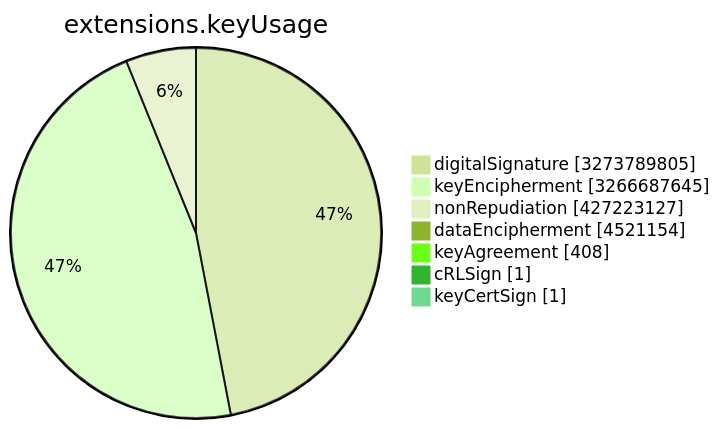
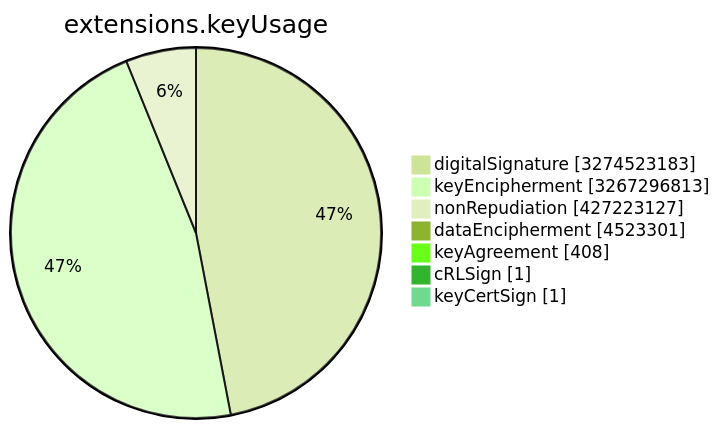
Before and after one commit to christiankrug/ctmonitor_visualization: the sixth of 15 diagrams in TOTAL/README.md, drawn with Mermaid (forest theme). The commit also changed other lines of this file, not shown here.

````diff
--- a/TOTAL/README.md
+++ b/TOTAL/README.md
@@ -3078,11 +3078,11 @@
 ```mermaid
 pie showData
 title extensions.keyUsage
-"digitalSignature" :3273789805
-"keyEncipherment" :3266687645
+"digitalSignature" :3274523183
+"keyEncipherment" :3267296813
 "nonRepudiation" :427223127
-"dataEncipherment" :4521154
+"dataEncipherment" :4523301
 "keyAgreement" :408
 "cRLSign" :1
 "keyCertSign" :1
 ```
````
